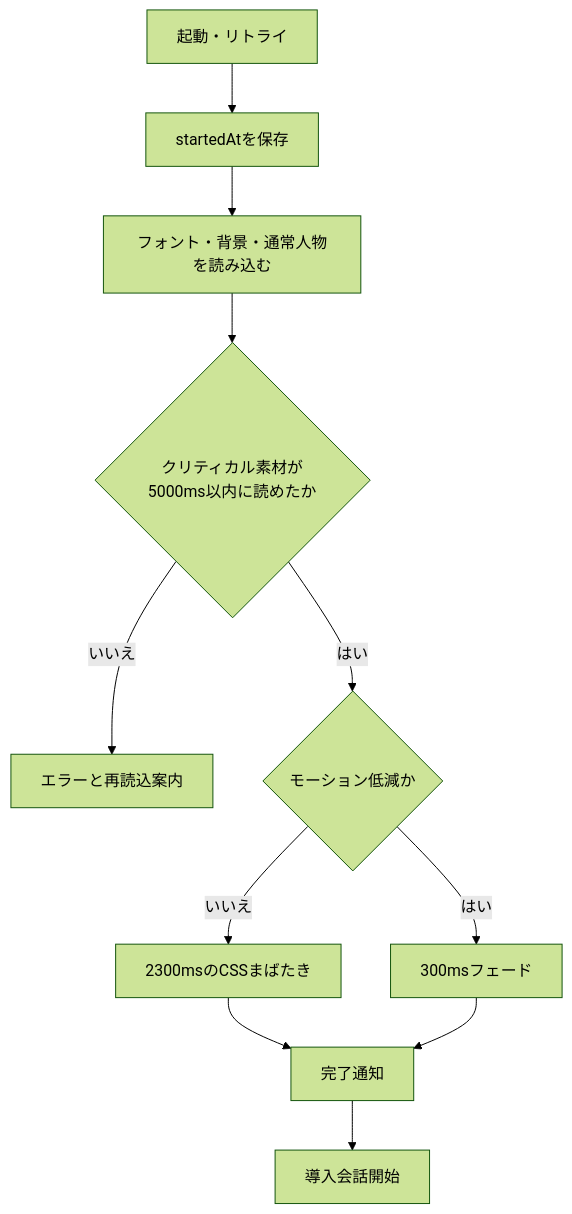
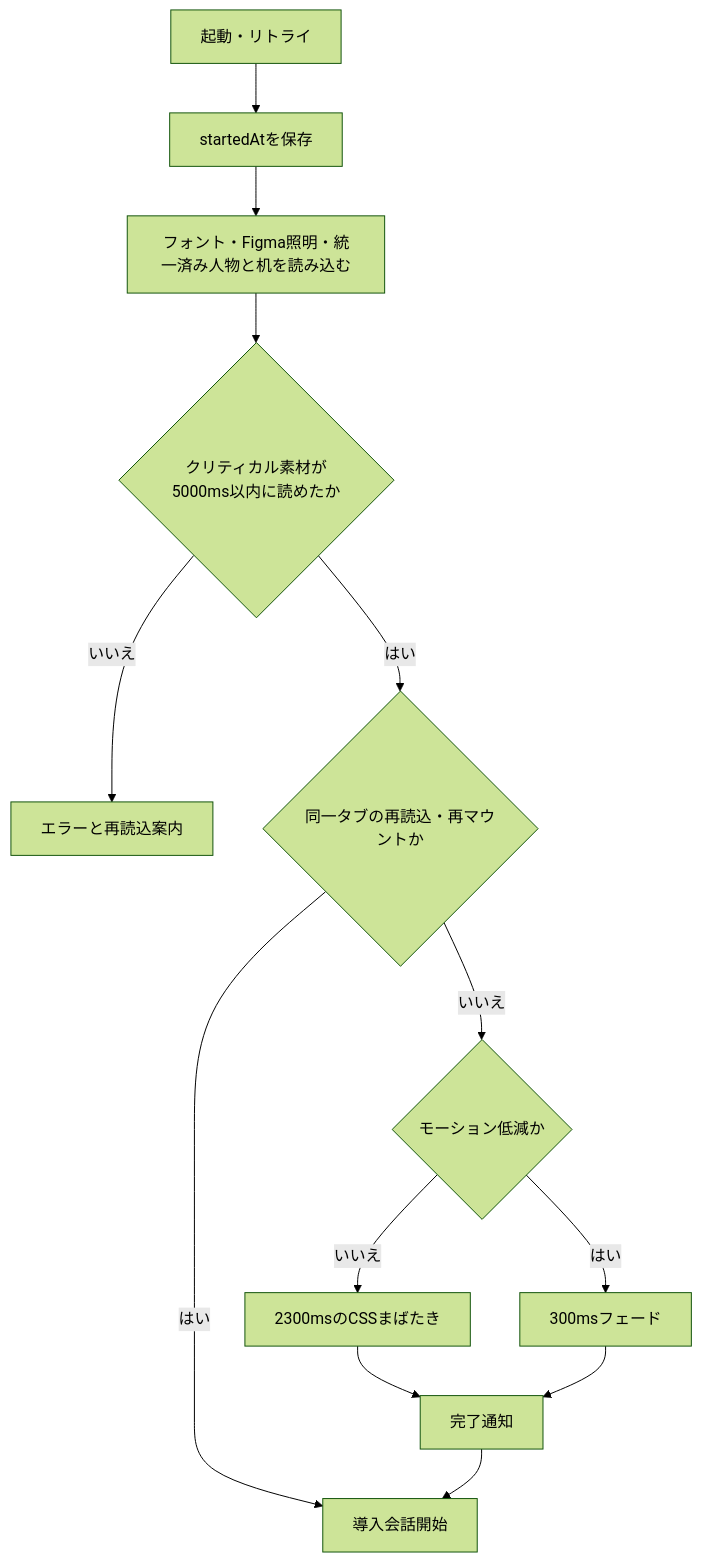
Before and after one commit to lycanthr0pes/language-deciphering-game: the third of 13 diagrams in docs/project-flow.md, drawn with Mermaid (forest theme). The commit also changed other lines of this file and 58 other files, not shown here.

````diff
--- a/docs/project-flow.md
+++ b/docs/project-flow.md
@@ -69,13 +72,15 @@
 ```mermaid
 flowchart TD
     A[起動・リトライ] --> B[startedAtを保存]
-    B --> C[フォント・背景・通常人物を読み込む]
+    B --> C[フォント・Figma照明・統一済み人物と机を読み込む]
     C --> D{クリティカル素材が5000ms以内に読めたか}
     D -->|いいえ| E[エラーと再読込案内]
-    D -->|はい| F{モーション低減か}
+    D -->|はい| R{同一タブの再読込・再マウントか}
+    R -->|はい| J[導入会話開始]
+    R -->|いいえ| F{モーション低減か}
     F -->|いいえ| G[2300msのCSSまばたき]
     F -->|はい| H[300msフェード]
     G --> I[完了通知]
     H --> I
     I --> J[導入会話開始]
 ```
````
